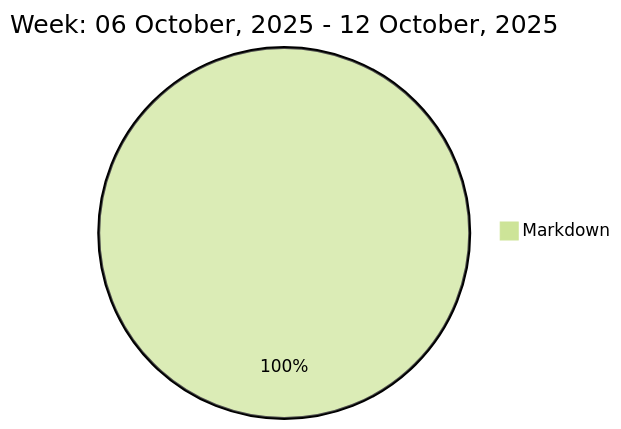
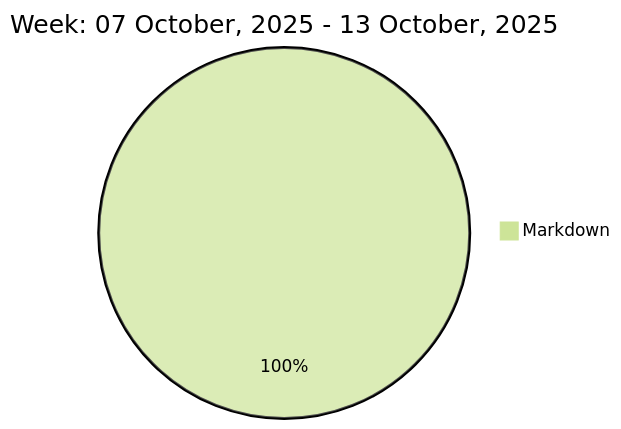
One commit to liubin95/liubin95 changed the diagram in README.md. Above: the diagram before and after it, drawn with Mermaid (forest theme).

Commit message:
Updated the Graph with new Metrics

````diff
--- a/README.md
+++ b/README.md
@@ -37,5 +37,5 @@
 ```mermaid
  pie
-title Week: 06 October, 2025 - 12 October, 2025
- "Markdown" : 1.13
+title Week: 07 October, 2025 - 13 October, 2025
+ "Markdown" : 1.15
 ```
````
